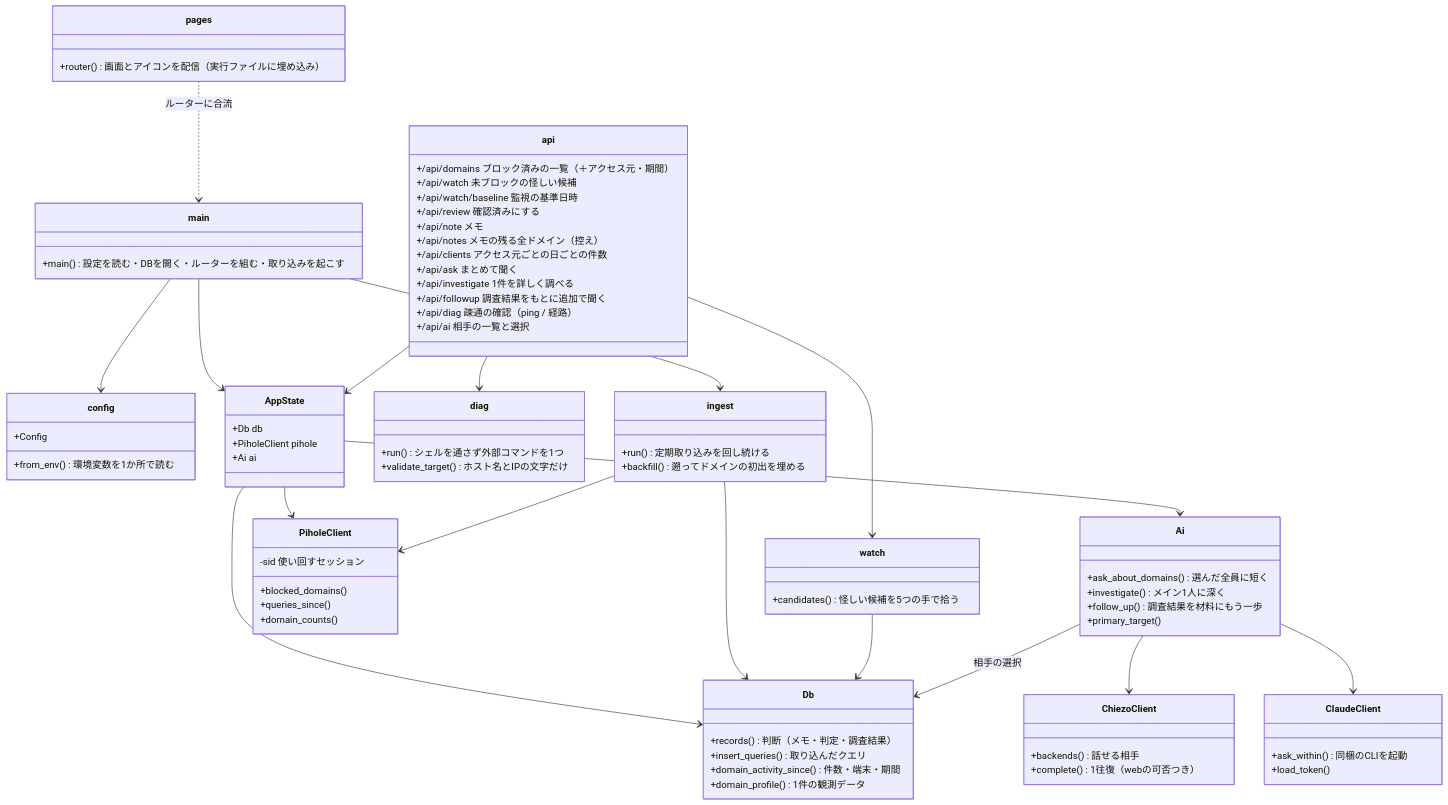
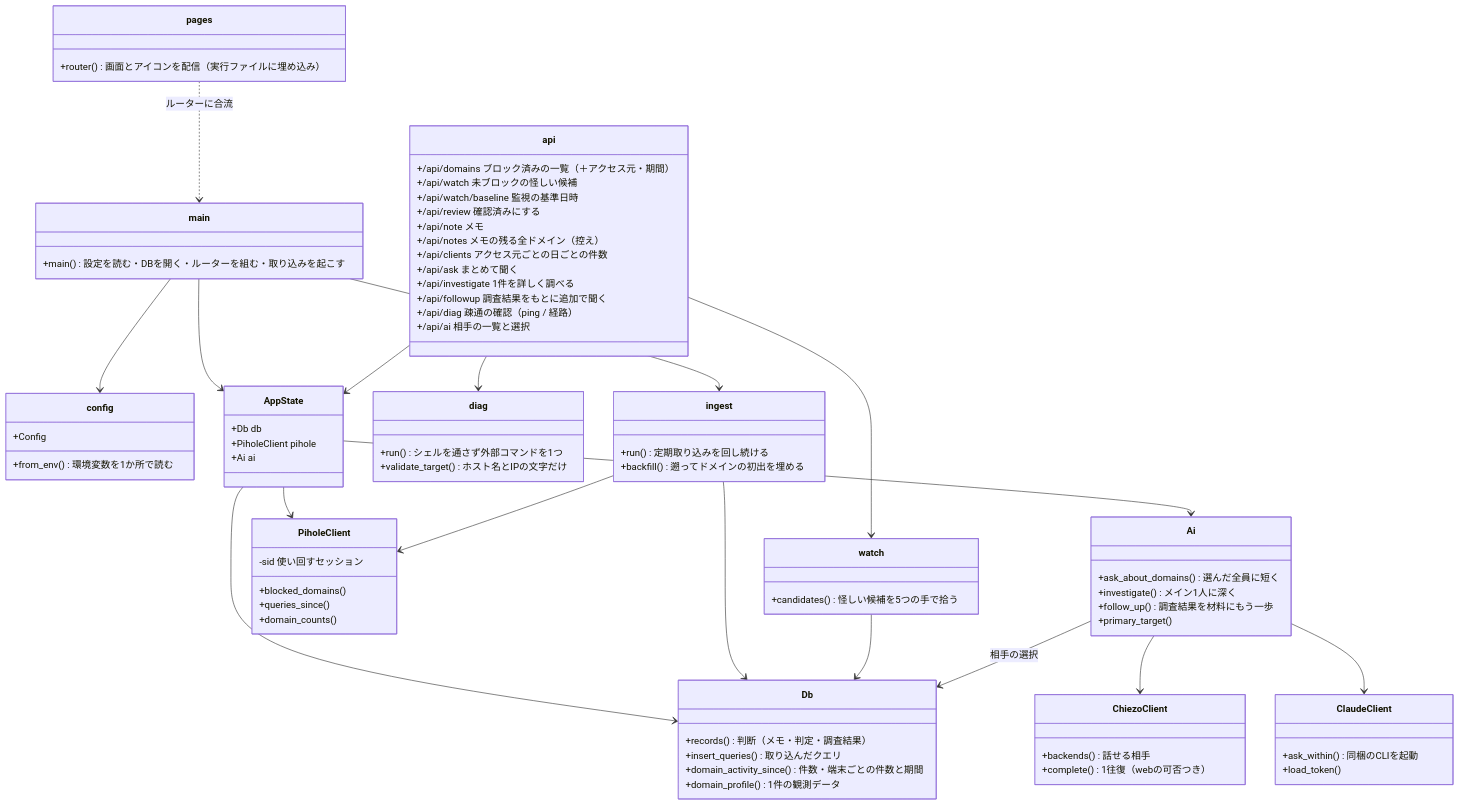
The first of 6 diagrams in docs/architecture.md (rtcode337/pihole-monitor), drawn with Mermaid before and after one commit. The commit also changed other lines of this file and 6 other files, not shown here.

```diff
--- a/docs/architecture.md
+++ b/docs/architecture.md
@@ -50,7 +50,7 @@
     class Db {
         +records() 判断（メモ・判定・調査結果）
         +insert_queries() 取り込んだクエリ
-        +domain_activity_since() 件数・端末・期間
+        +domain_activity_since() 件数・端末ごとの件数と期間
         +domain_profile() 1件の観測データ
     }
     class PiholeClient {
```
